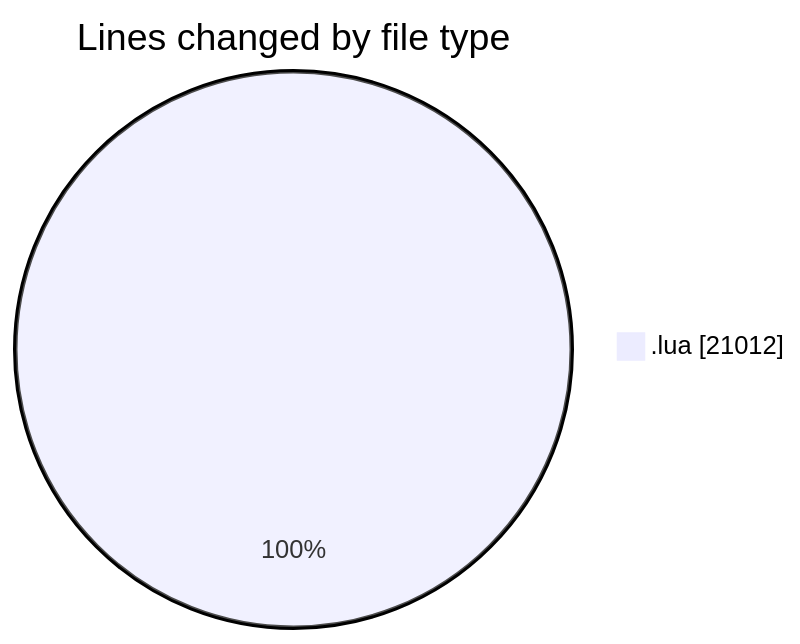
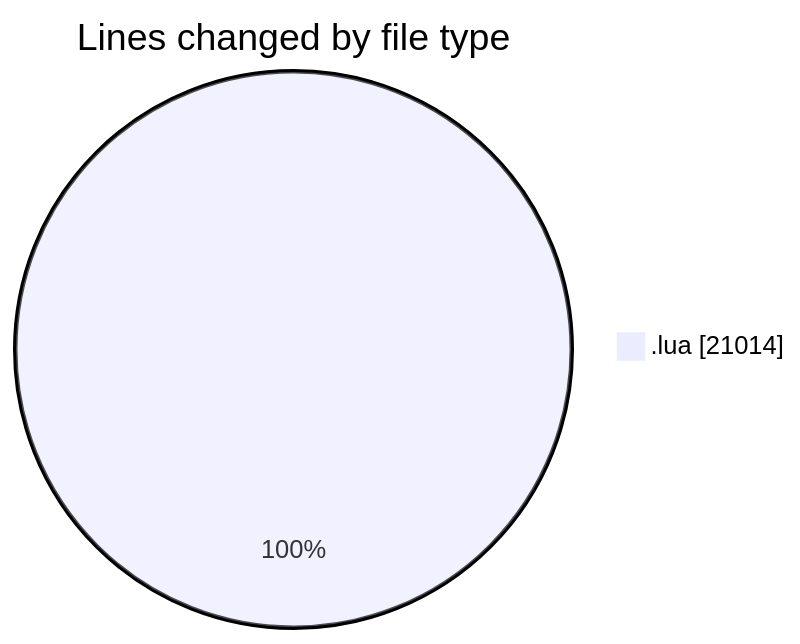
One commit to 3Nya3/code-tracking changed the first of 2 diagrams in 2025-01-02/mods/README.md. Above: the diagram before and after it, drawn with Mermaid. The commit also changed other lines of this file and 1 other file, not shown here.

````diff
--- a/2025-01-02/mods/README.md
+++ b/2025-01-02/mods/README.md
@@ -21,5 +21,5 @@
 ```mermaid
 pie showData
 title Lines changed by file type
-".lua" : 21012
+".lua" : 21014
 ```
````
